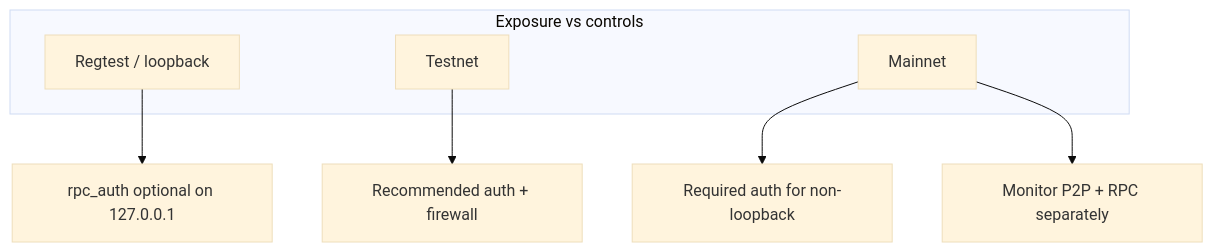
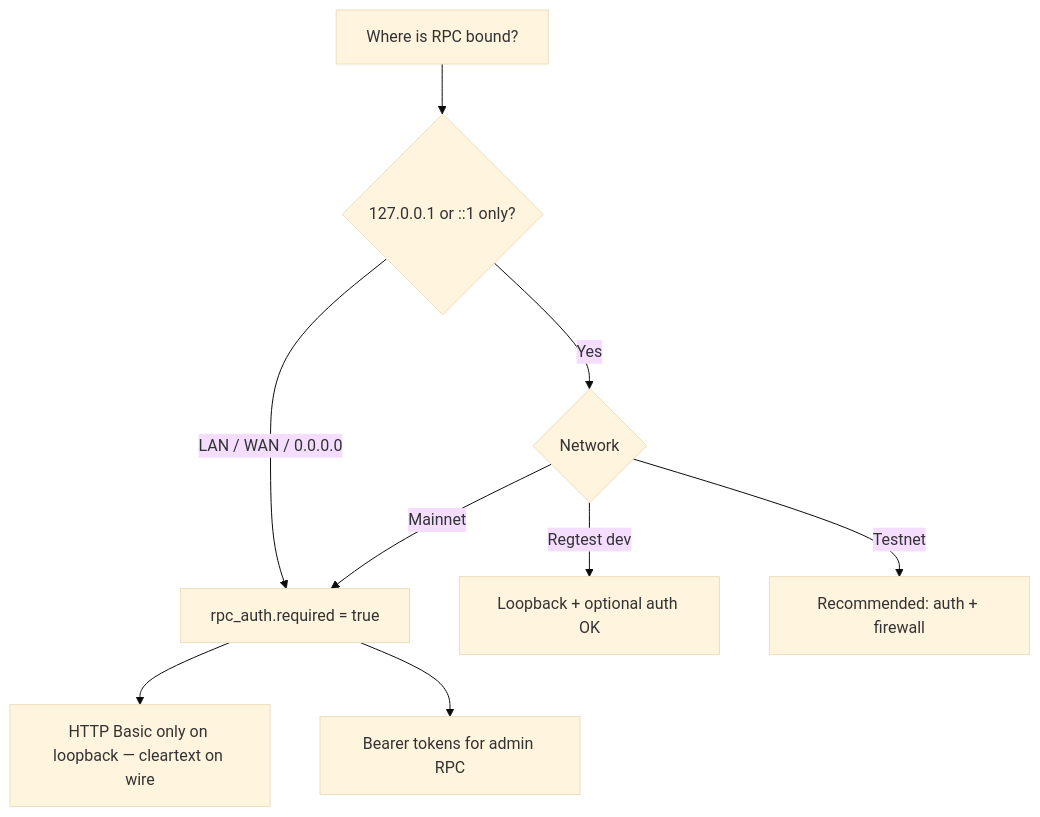
The diagram in src/security/deployment-posture.md (BTCDecoded/blvm-docs), drawn with Mermaid (base theme) before and after one commit. The commit also changed 18 other files, not shown here.

First line of the commit message:
docs: trim redundant mermaid charts and add operator decision flows

````diff
--- a/src/security/deployment-posture.md
+++ b/src/security/deployment-posture.md
@@ -17,12 +17,11 @@
 ```mermaid
 flowchart TD
-  subgraph exposure["Exposure vs controls"]
-    R[Regtest / loopback]
-    T[Testnet]
-    M[Mainnet]
-  end
-  R --> R1[rpc_auth optional on 127.0.0.1]
-  T --> T1[Recommended auth + firewall]
-  M --> M1[Required auth for non-loopback]
-  M --> M2[Monitor P2P + RPC separately]
+  B[Where is RPC bound?] --> LOOP{127.0.0.1 or ::1 only?}
+  LOOP -->|Yes| NET{Network}
+  LOOP -->|LAN / WAN / 0.0.0.0| AUTH["rpc_auth.required = true"]
+  NET -->|Regtest dev| OK[Loopback + optional auth OK]
+  NET -->|Testnet| REC[Recommended: auth + firewall]
+  NET -->|Mainnet| AUTH
+  AUTH --> BASIC[HTTP Basic only on loopback — cleartext on wire]
+  AUTH --> BEAR[Bearer tokens for admin RPC]
 ```
````
